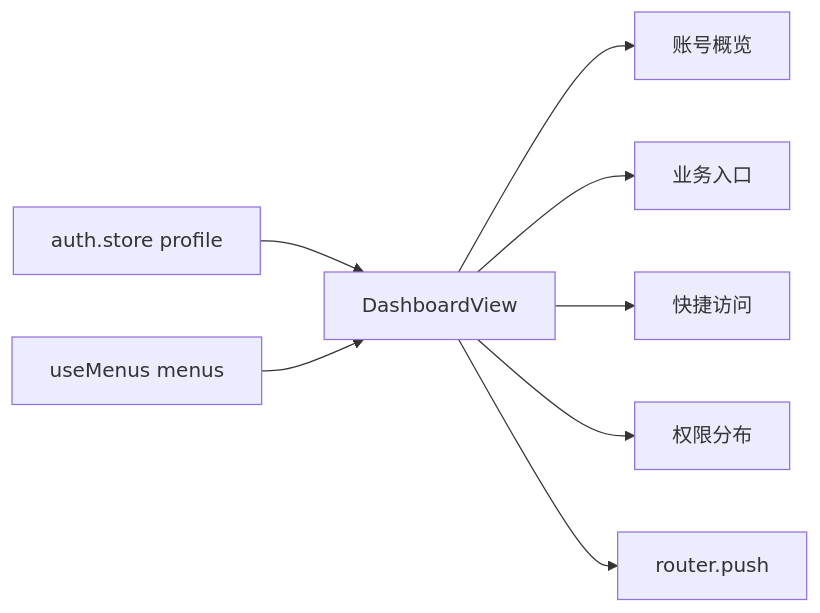
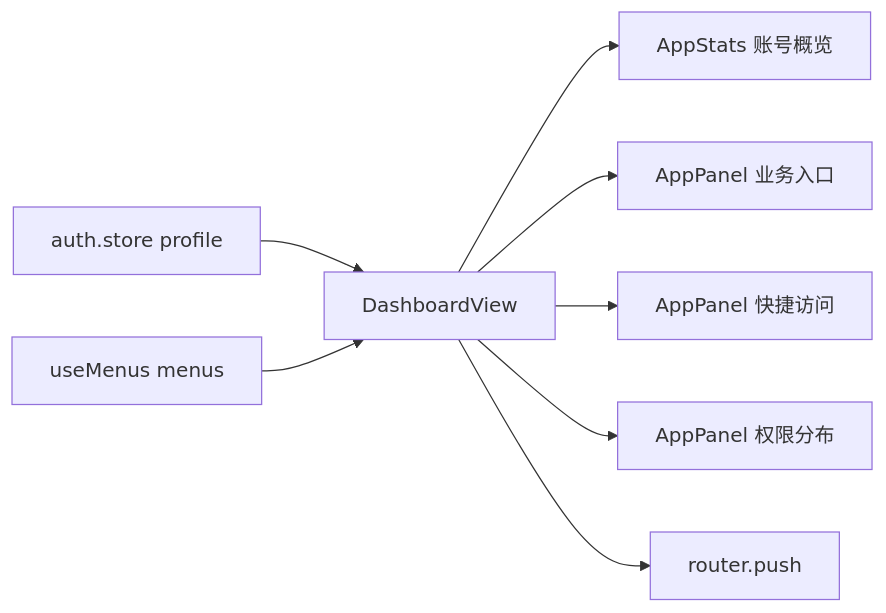
One commit to yiting001/E-sports-01 changed the diagram in docs/dashboard-ui.md. Above: the diagram before and after it, drawn with Mermaid. The commit also changed other lines of this file and 91 other files, not shown here.

````diff
--- a/docs/dashboard-ui.md
+++ b/docs/dashboard-ui.md
@@ -33,10 +36,10 @@
 ```mermaid
 flowchart LR
   Auth[auth.store profile] --> Dashboard[DashboardView]
   Menus[useMenus menus] --> Dashboard
-  Dashboard --> Metrics[账号概览]
-  Dashboard --> Modules[业务入口]
-  Dashboard --> Quick[快捷访问]
-  Dashboard --> Permission[权限分布]
+  Dashboard --> Metrics[AppStats 账号概览]
+  Dashboard --> Modules[AppPanel 业务入口]
+  Dashboard --> Quick[AppPanel 快捷访问]
+  Dashboard --> Permission[AppPanel 权限分布]
   Dashboard --> Router[router.push]
 ```
````
